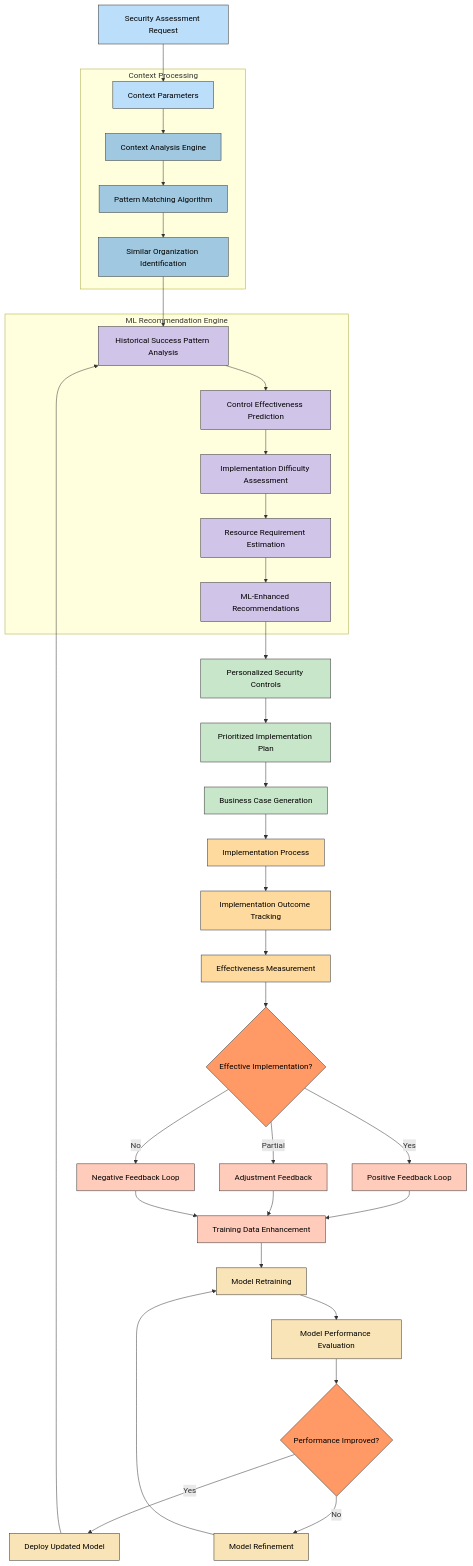
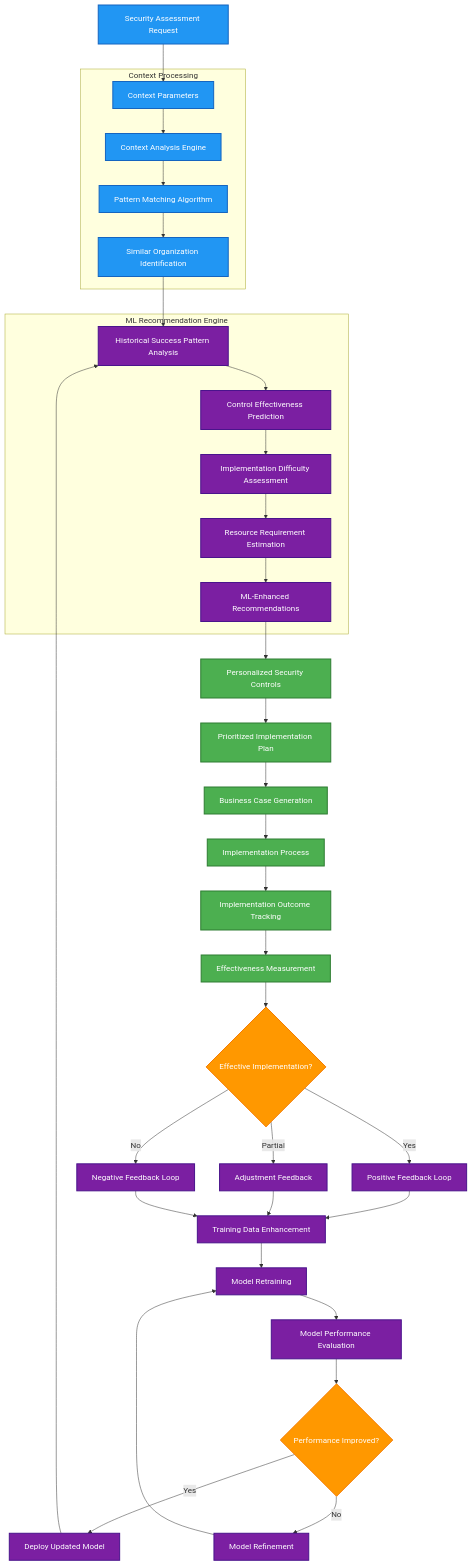
Before and after one commit to Hack23/cia-compliance-manager: the second of 15 diagrams in docs/architecture/FUTURE_FLOWCHART.md, drawn with Mermaid. The commit also changed other lines of this file and 18 other files, not shown here.

First line of the commit message:
style: update all classDef colors to ISMS style guide palette and fix quadrant charts

````diff
--- a/docs/architecture/FUTURE_FLOWCHART.md
+++ b/docs/architecture/FUTURE_FLOWCHART.md
@@ -134,64 +134,64 @@
 ```mermaid
 flowchart TD
     A[Security Assessment Request] --> B[Context Parameters]
     
     subgraph "Context Processing"
         B --> C[Context Analysis Engine]
         C --> D[Pattern Matching Algorithm]
         D --> E[Similar Organization Identification]
     end
     
     subgraph "ML Recommendation Engine"
         E --> F[Historical Success Pattern Analysis]
         F --> G[Control Effectiveness Prediction]
         G --> H[Implementation Difficulty Assessment]
         H --> I[Resource Requirement Estimation]
         I --> J[ML-Enhanced Recommendations]
     end
     
     J --> K[Personalized Security Controls]
     K --> L[Prioritized Implementation Plan]
     L --> M[Business Case Generation]
     
     M --> N[Implementation Process]
     N --> O[Implementation Outcome Tracking]
     O --> P[Effectiveness Measurement]
     
     P --> Q{Effective Implementation?}
     
     Q -->|Yes| R1[Positive Feedback Loop]
     Q -->|Partial| R2[Adjustment Feedback]
     Q -->|No| R3[Negative Feedback Loop]
     
     R1 --> S[Training Data Enhancement]
     R2 --> S
     R3 --> S
     
     S --> T[Model Retraining]
     T --> U[Model Performance Evaluation]
     U --> V{Performance Improved?}
     
     V -->|Yes| W[Deploy Updated Model]
     V -->|No| X[Model Refinement]
     X --> T
     
     W --> F
 
-    classDef start fill:#bbdefb,stroke:#333,stroke-width:1px,color:black
-    classDef context fill:#a0c8e0,stroke:#333,stroke-width:1px,color:black
-    classDef ml fill:#d1c4e9,stroke:#333,stroke-width:1px,color:black
-    classDef output fill:#c8e6c9,stroke:#333,stroke-width:1px,color:black
-    classDef implement fill:#ffda9e,stroke:#333,stroke-width:1px,color:black
-    classDef feedback fill:#ffccbc,stroke:#333,stroke-width:1px,color:black
-    classDef retrain fill:#f9e4b7,stroke:#333,stroke-width:1px,color:black
-    classDef decision fill:#ff9966,stroke:#333,stroke-width:1px,color:black
+    classDef start fill:#2196F3,stroke:#1565C0,stroke-width:2px,color:#ffffff
+    classDef context fill:#2196F3,stroke:#1565C0,stroke-width:2px,color:#ffffff
+    classDef ml fill:#7B1FA2,stroke:#4A148C,stroke-width:2px,color:#ffffff
+    classDef output fill:#4CAF50,stroke:#2E7D32,stroke-width:2px,color:#ffffff
+    classDef implement fill:#4CAF50,stroke:#2E7D32,stroke-width:2px,color:#ffffff
+    classDef feedback fill:#7B1FA2,stroke:#4A148C,stroke-width:2px,color:#ffffff
+    classDef retrain fill:#7B1FA2,stroke:#4A148C,stroke-width:2px,color:#ffffff
+    classDef decision fill:#FF9800,stroke:#F57C00,stroke-width:2px,color:#ffffff
     
     class A,B start
     class C,D,E context
     class F,G,H,I,J ml
     class K,L,M output
     class N,O,P implement
     class Q,V decision
     class R1,R2,R3,S feedback
     class T,U,W,X retrain
 ```
````
